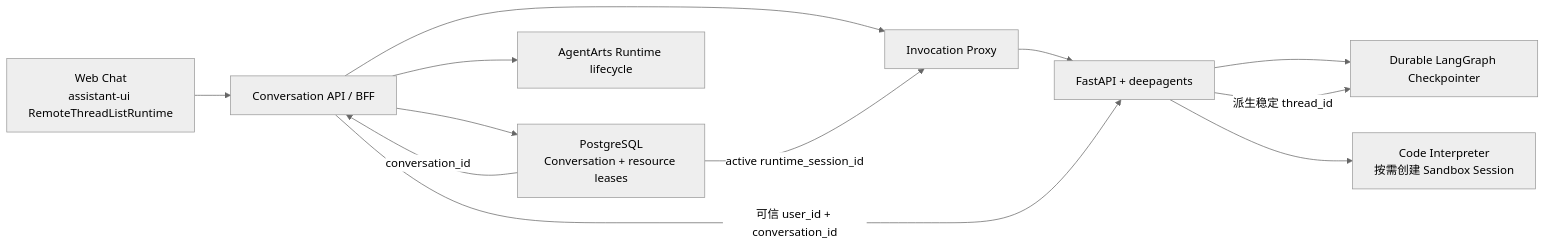
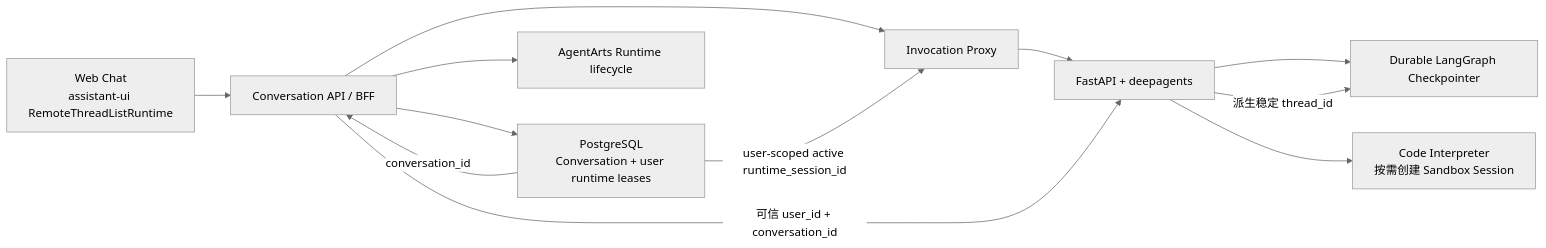
One commit to T-1009/personal-assistant changed the fourth of 7 diagrams in personal-assistant-meta/issues/features/backlog/feature-14-multi-session-runtime-prewarm/issue.md. Above: the diagram before and after it, drawn with Mermaid (neutral theme). The commit also changed other lines of this file and 18 other files, not shown here.

First line of the commit message:
feat: add production RDS PostgreSQL 17 infrastructure and integrate AsyncPostgresSaver

````diff
--- a/personal-assistant-meta/issues/features/backlog/feature-14-multi-session-runtime-prewarm/issue.md
+++ b/personal-assistant-meta/issues/features/backlog/feature-14-multi-session-runtime-prewarm/issue.md
@@ -255,15 +278,15 @@
 ```mermaid
 flowchart LR
     UI["Web Chat<br/>assistant-ui RemoteThreadListRuntime"] --> API["Conversation API / BFF"]
-    API --> DB["PostgreSQL<br/>Conversation + resource leases"]
+    API --> DB["PostgreSQL<br/>Conversation + user runtime leases"]
     API --> RT["AgentArts Runtime lifecycle"]
     API --> Invoke["Invocation Proxy"]
     Invoke --> Agent["FastAPI + deepagents"]
     Agent --> CP["Durable LangGraph Checkpointer"]
     Agent --> CI["Code Interpreter<br/>按需创建 Sandbox Session"]
 
     DB -->|"conversation_id"| API
-    DB -->|"active runtime_session_id"| Invoke
+    DB -->|"user-scoped active runtime_session_id"| Invoke
     API -->|"可信 user_id + conversation_id"| Agent
     Agent -->|"派生稳定 thread_id"| CP
 ```
````
